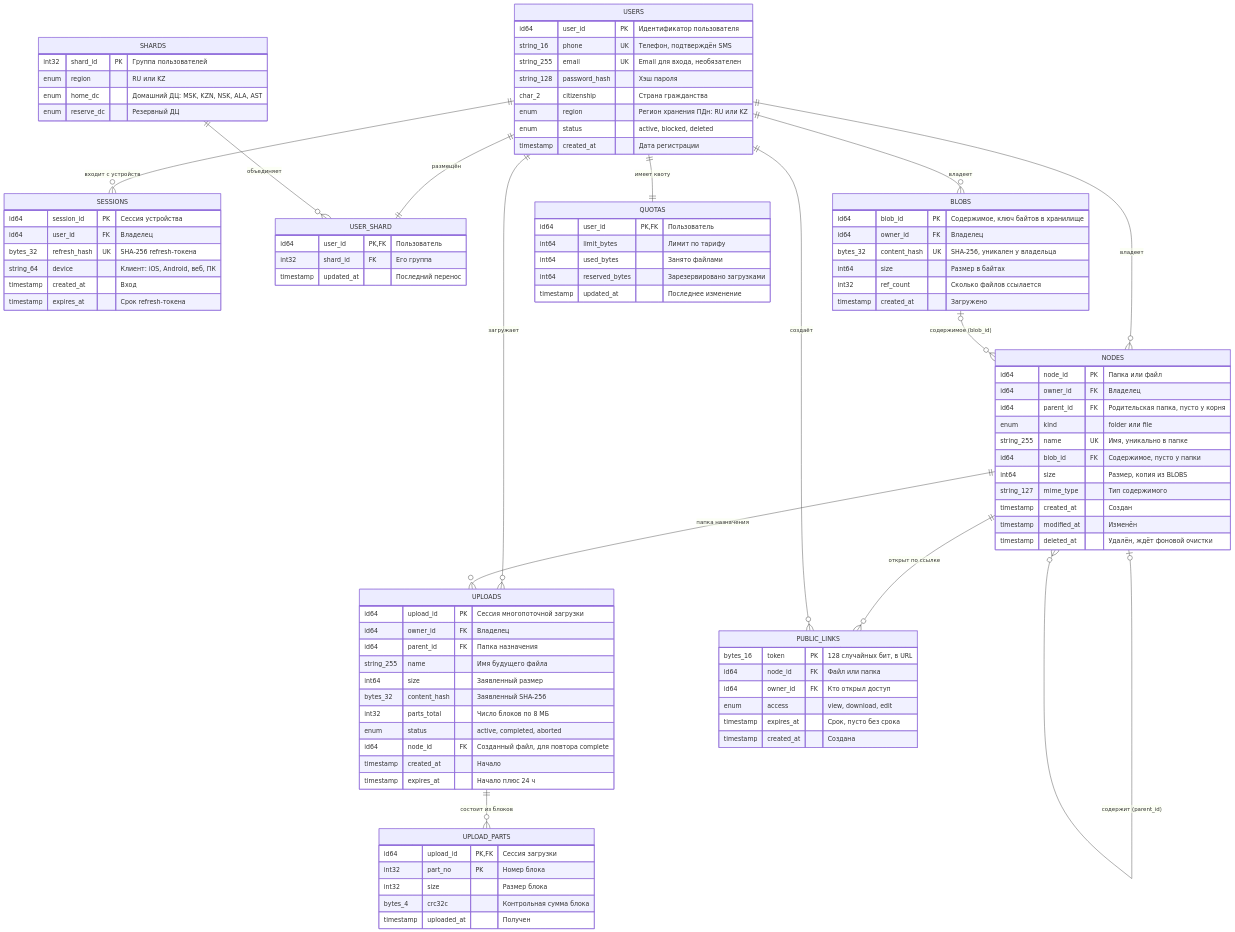
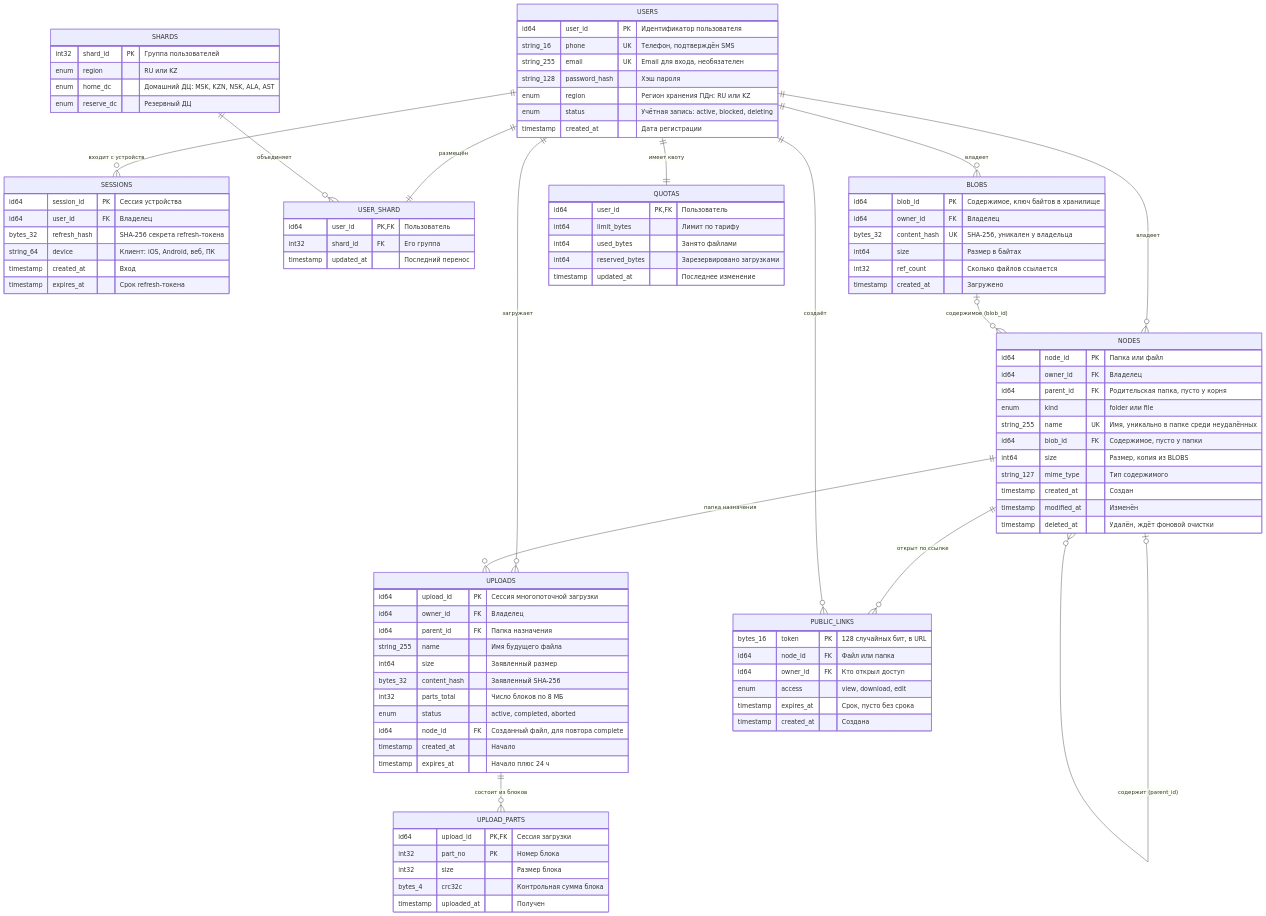
Before and after one commit to mofyart/highload_technopark: the second of 2 diagrams in README.md, drawn with Mermaid. The commit also changed other lines of this file, not shown here.

```diff
--- a/README.md
+++ b/README.md
@@ -492,16 +492,15 @@
         string_16 phone UK "Телефон, подтверждён SMS"
         string_255 email UK "Email для входа, необязателен"
         string_128 password_hash "Хэш пароля"
-        char_2 citizenship "Страна гражданства"
         enum region "Регион хранения ПДн: RU или KZ"
-        enum status "active, blocked, deleted"
+        enum status "Учётная запись: active, blocked, deleting"
         timestamp created_at "Дата регистрации"
     }
 
     SESSIONS {
         id64 session_id PK "Сессия устройства"
         id64 user_id FK "Владелец"
-        bytes_32 refresh_hash UK "SHA-256 refresh-токена"
+        bytes_32 refresh_hash "SHA-256 секрета refresh-токена"
         string_64 device "Клиент: iOS, Android, веб, ПК"
         timestamp created_at "Вход"
         timestamp expires_at "Срок refresh-токена"
@@ -525,7 +524,7 @@
         id64 owner_id FK "Владелец"
         id64 parent_id FK "Родительская папка, пусто у корня"
         enum kind "folder или file"
-        string_255 name UK "Имя, уникально в папке"
+        string_255 name UK "Имя, уникально в папке среди неудалённых"
         id64 blob_id FK "Содержимое, пусто у папки"
         int64 size "Размер, копия из BLOBS"
         string_127 mime_type "Тип содержимого"
```
